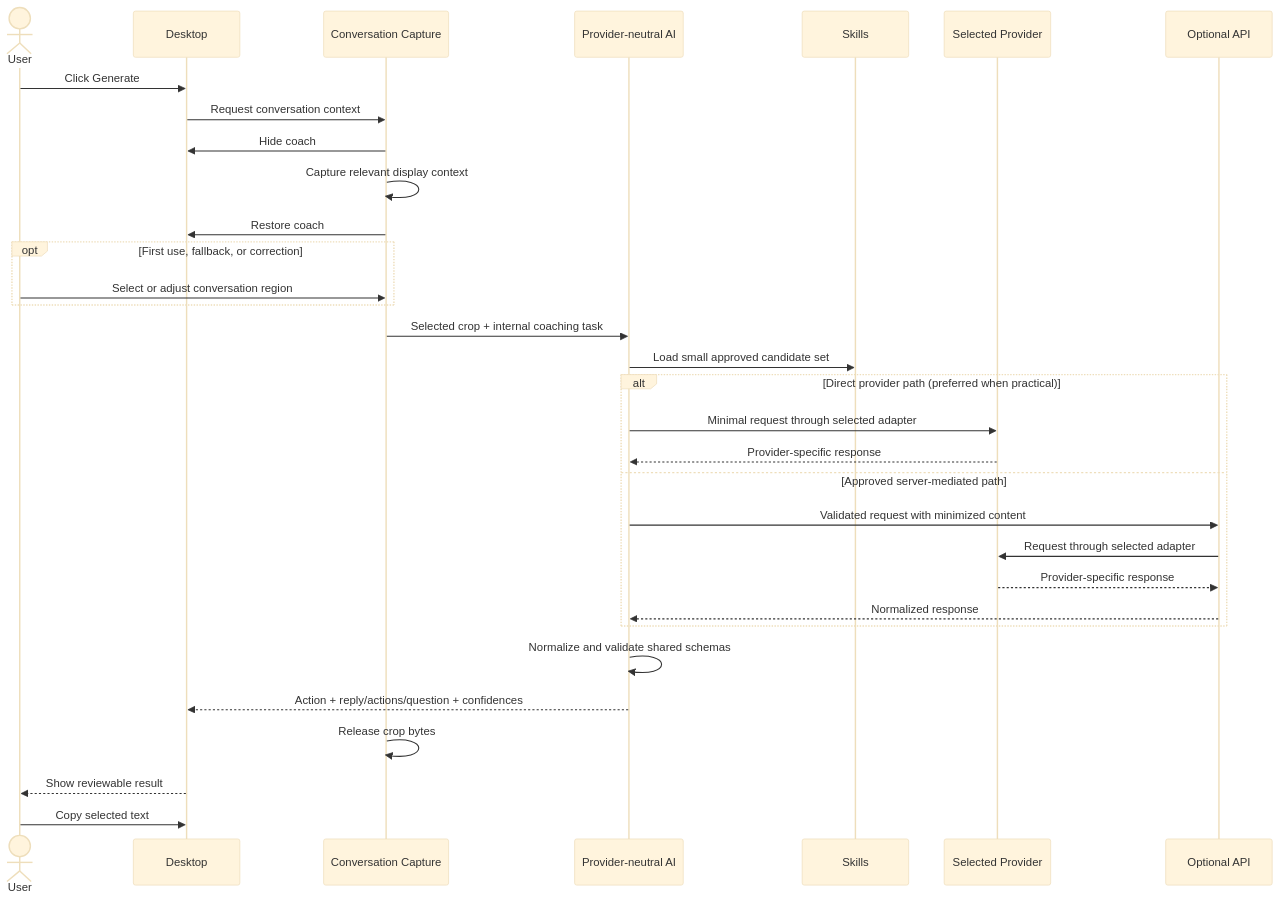
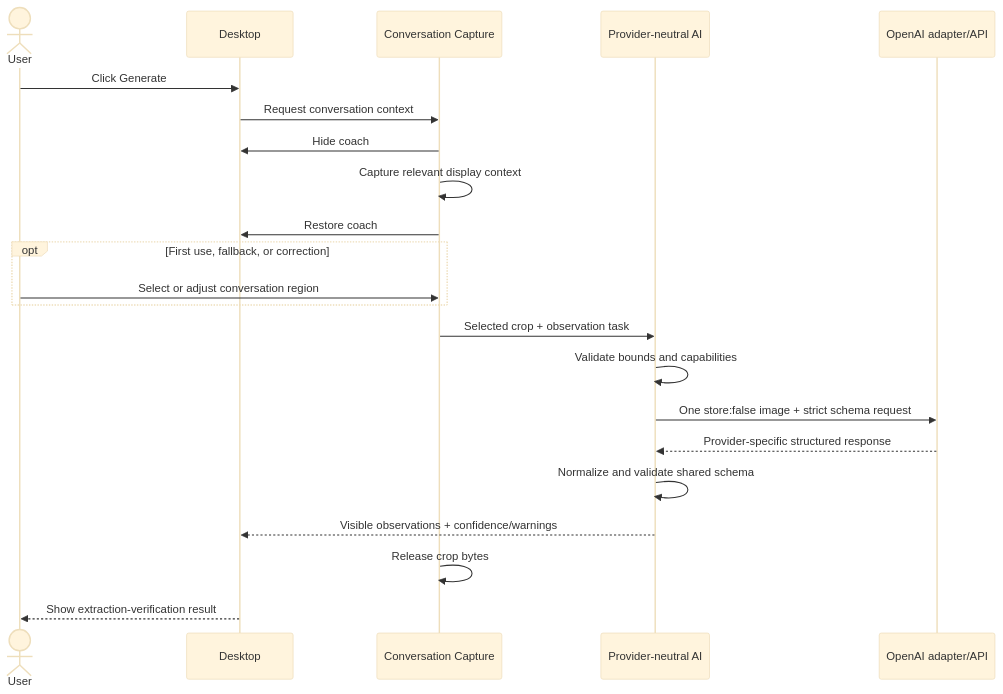
Before and after one commit to tiancaiq/AI-messager: the diagram in docs/architecture.md, drawn with Mermaid (base theme). The commit also changed other lines of this file and 37 other files, not shown here.

````diff
--- a/docs/architecture.md
+++ b/docs/architecture.md
@@ -196,35 +197,25 @@
 ```mermaid
 sequenceDiagram
     actor User
     participant Desktop
     participant Capture as Conversation Capture
     participant AI as Provider-neutral AI
-    participant Skills
-    participant Provider as Selected Provider
-    participant API as Optional API
+    participant Provider as OpenAI adapter/API
 
     User->>Desktop: Click Generate
     Desktop->>Capture: Request conversation context
     Capture->>Desktop: Hide coach
     Capture->>Capture: Capture relevant display context
     Capture->>Desktop: Restore coach
     opt First use, fallback, or correction
         User->>Capture: Select or adjust conversation region
     end
-    Capture->>AI: Selected crop + internal coaching task
-    AI->>Skills: Load small approved candidate set
-    alt Direct provider path (preferred when practical)
-        AI->>Provider: Minimal request through selected adapter
-        Provider-->>AI: Provider-specific response
-    else Approved server-mediated path
-        AI->>API: Validated request with minimized content
-        API->>Provider: Request through selected adapter
-        Provider-->>API: Provider-specific response
-        API-->>AI: Normalized response
-    end
-    AI->>AI: Normalize and validate shared schemas
-    AI-->>Desktop: Action + reply/actions/question + confidences
+    Capture->>AI: Selected crop + observation task
+    AI->>AI: Validate bounds and capabilities
+    AI->>Provider: One store:false image + strict schema request
+    Provider-->>AI: Provider-specific structured response
+    AI->>AI: Normalize and validate shared schema
+    AI-->>Desktop: Visible observations + confidence/warnings
     Capture->>Capture: Release crop bytes
-    Desktop-->>User: Show reviewable result
-    User->>Desktop: Copy selected text
+    Desktop-->>User: Show extraction-verification result
 ```
````
